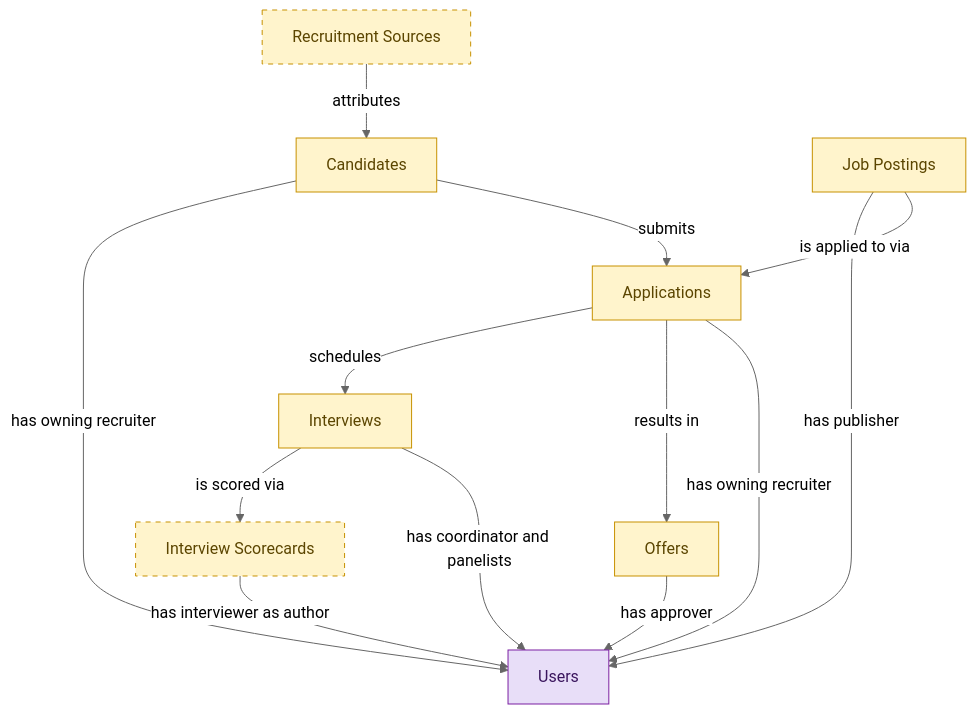
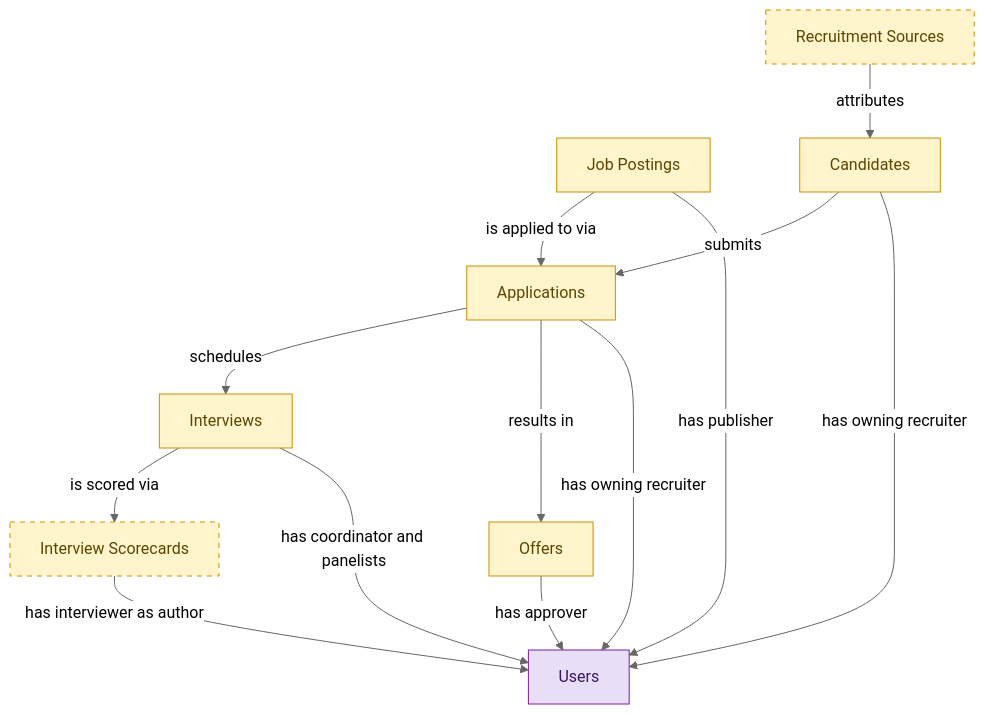
Before and after one commit to IntranetFactory/domain-map: the diagram in catalog/blueprints/hiring-starter-semantic-blueprint.md, drawn with Mermaid (neutral theme). The commit also changed other lines of this file and 35 other files, not shown here.

````diff
--- a/catalog/blueprints/hiring-starter-semantic-blueprint.md
+++ b/catalog/blueprints/hiring-starter-semantic-blueprint.md
@@ -37,35 +37,35 @@
 ```mermaid
 flowchart TD
   classDef embedded_master fill:#fff4cc,stroke:#c79100,color:#5b4500;
   classDef consumer fill:#e8def8,stroke:#7b1fa2,color:#3a155d;
+  job_postings["Job Postings"]
   candidates["Candidates"]
-  job_postings["Job Postings"]
   job_applications["Applications"]
+  recruitment_sources["Recruitment Sources"]
   interviews["Interviews"]
   interview_scorecards["Interview Scorecards"]
   job_offers["Offers"]
-  recruitment_sources["Recruitment Sources"]
   users["Users"]
-  candidates -->|"has owning recruiter"| users
-  job_postings -->|"has publisher"| users
   job_postings -->|"is applied to via"| job_applications
   candidates -->|"submits"| job_applications
   recruitment_sources -->|"attributes"| candidates
   job_applications -->|"schedules"| interviews
   interviews -->|"is scored via"| interview_scorecards
   job_applications -->|"results in"| job_offers
   job_applications -->|"has owning recruiter"| users
   interviews -->|"has coordinator and panelists"| users
   interview_scorecards -->|"has interviewer as author"| users
   job_offers -->|"has approver"| users
+  candidates -->|"has owning recruiter"| users
+  job_postings -->|"has publisher"| users
+  class job_postings embedded_master;
   class candidates embedded_master;
-  class job_postings embedded_master;
   class job_applications embedded_master;
+  class recruitment_sources embedded_master;
   class interviews embedded_master;
   class interview_scorecards embedded_master;
   class job_offers embedded_master;
-  class recruitment_sources embedded_master;
   class users consumer;
+  style recruitment_sources stroke-dasharray:5 5;
   style interview_scorecards stroke-dasharray:5 5;
-  style recruitment_sources stroke-dasharray:5 5;
 ```
````
